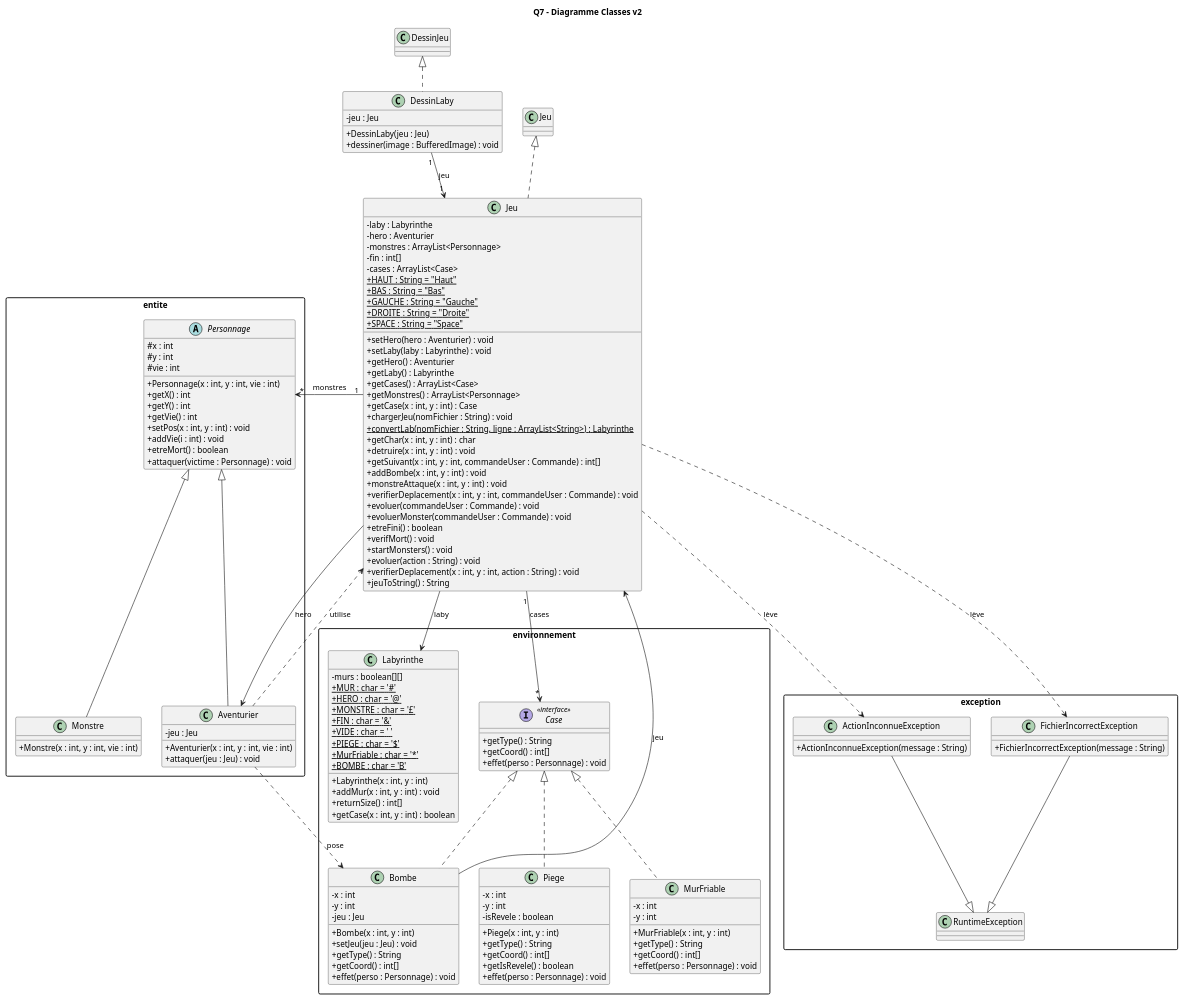
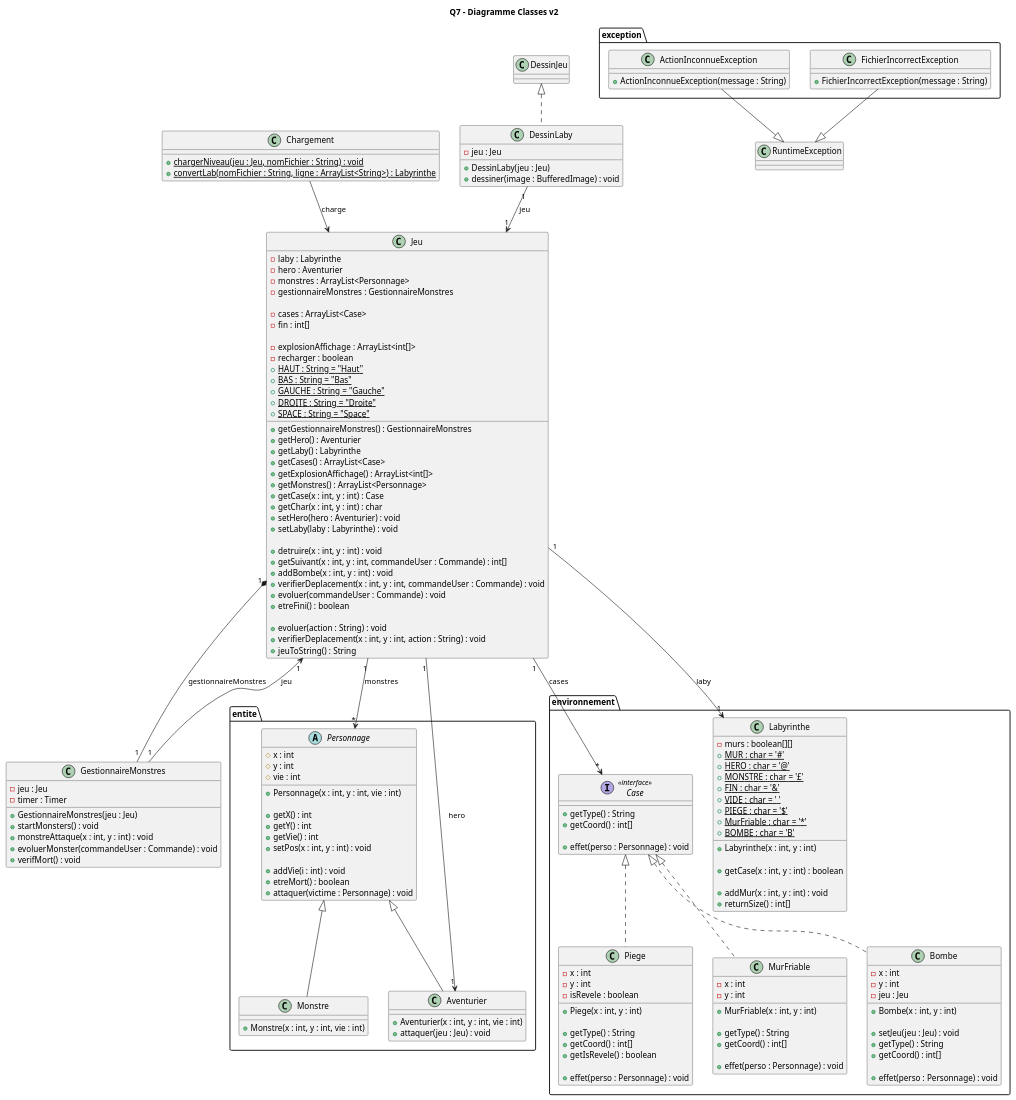
One commit to lucas-martinati-pro/SAE_S2.01_Zeldiablo-LucasM_JeanLM_PierreGSV changed the diagram in projet_zeldiablo/documents/version_2/Q7 - Diagramme Classes v2.puml. Above: the diagram before and after it, drawn with PlantUML.

Commit message:
Diagramme de classe complété

```diff
--- a/projet_zeldiablo/documents/version_2/Q7 - Diagramme Classes v2.puml
+++ b/projet_zeldiablo/documents/version_2/Q7 - Diagramme Classes v2.puml
@@ -1,200 +1,200 @@
 @startuml
 title Q7 - Diagramme Classes v2
 
-skinparam classAttributeIconSize 0
-skinparam packageStyle rectangle
-
-class "Jeu" as ZJeu {
+class "Jeu" {
     - laby : Labyrinthe
     - hero : Aventurier
     - monstres : ArrayList<Personnage>
+    - gestionnaireMonstres : GestionnaireMonstres
+
+    - cases : ArrayList<Case>
     - fin : int[]
-    - cases : ArrayList<Case>
+
+    - explosionAffichage : ArrayList<int[]>
+    - recharger : boolean
     + {static} HAUT : String = "Haut"
     + {static} BAS : String = "Bas"
     + {static} GAUCHE : String = "Gauche"
     + {static} DROITE : String = "Droite"
     + {static} SPACE : String = "Space"
 
-    + setHero(hero : Aventurier) : void
-    + setLaby(laby : Labyrinthe) : void
+    + getGestionnaireMonstres() : GestionnaireMonstres
     + getHero() : Aventurier
     + getLaby() : Labyrinthe
     + getCases() : ArrayList<Case>
+    + getExplosionAffichage() : ArrayList<int[]>
     + getMonstres() : ArrayList<Personnage>
     + getCase(x : int, y : int) : Case
-    + chargerJeu(nomFichier : String) : void
-    + {static} convertLab(nomFichier : String, ligne : ArrayList<String>) : Labyrinthe
     + getChar(x : int, y : int) : char
+    + setHero(hero : Aventurier) : void
+    + setLaby(laby : Labyrinthe) : void
+
     + detruire(x : int, y : int) : void
     + getSuivant(x : int, y : int, commandeUser : Commande) : int[]
     + addBombe(x : int, y : int) : void
-    + monstreAttaque(x : int, y : int) : void
     + verifierDeplacement(x : int, y : int, commandeUser : Commande) : void
     + evoluer(commandeUser : Commande) : void
-    + evoluerMonster(commandeUser : Commande) : void
     + etreFini() : boolean
-    + verifMort() : void
-    + startMonsters() : void
+
     + evoluer(action : String) : void
     + verifierDeplacement(x : int, y : int, action : String) : void
     + jeuToString() : String
+}
+
+class GestionnaireMonstres {
+    - jeu : Jeu
+    - timer : Timer
+
+    + GestionnaireMonstres(jeu : Jeu)
+    + startMonsters() : void
+    + monstreAttaque(x : int, y : int) : void
+    + evoluerMonster(commandeUser : Commande) : void
+    + verifMort() : void
+}
+
+class Chargement {
+    + {static} chargerNiveau(jeu : Jeu, nomFichier : String) : void
+    + {static} convertLab(nomFichier : String, ligne : ArrayList<String>) : Labyrinthe
 }
 
 class DessinLaby {
     - jeu : Jeu
 
     + DessinLaby(jeu : Jeu)
     + dessiner(image : BufferedImage) : void
 }
 
-' ========================
-' Package entite
-' ========================
 package "entite" {
-
     abstract class Personnage {
         # x : int
         # y : int
         # vie : int
 
         + Personnage(x : int, y : int, vie : int)
+
         + getX() : int
         + getY() : int
         + getVie() : int
         + setPos(x : int, y : int) : void
+
         + addVie(i : int) : void
         + etreMort() : boolean
         + attaquer(victime : Personnage) : void
     }
 
     class Aventurier {
-        - jeu : Jeu
-
         + Aventurier(x : int, y : int, vie : int)
         + attaquer(jeu : Jeu) : void
     }
 
     class Monstre {
         + Monstre(x : int, y : int, vie : int)
     }
-
-    Personnage <|-- Aventurier
-    Personnage <|-- Monstre
 }
 
-' ========================
-' Package environnement
-' ========================
 package "environnement" {
 
     interface Case <<interface>> {
         + getType() : String
         + getCoord() : int[]
+
         + effet(perso : Personnage) : void
     }
 
     class Labyrinthe {
         - murs : boolean[][]
         + {static} MUR : char = '#'
         + {static} HERO : char = '@'
         + {static} MONSTRE : char = '£'
         + {static} FIN : char = '&'
         + {static} VIDE : char = ' '
         + {static} PIEGE : char = '$'
         + {static} MurFriable : char = '*'
         + {static} BOMBE : char = 'B'
 
         + Labyrinthe(x : int, y : int)
+
+        + getCase(x : int, y : int) : boolean
+
         + addMur(x : int, y : int) : void
         + returnSize() : int[]
-        + getCase(x : int, y : int) : boolean
     }
 
     class Piege {
         - x : int
         - y : int
         - isRevele : boolean
 
         + Piege(x : int, y : int)
+
         + getType() : String
         + getCoord() : int[]
         + getIsRevele() : boolean
+
         + effet(perso : Personnage) : void
     }
 
     class MurFriable {
         - x : int
         - y : int
 
         + MurFriable(x : int, y : int)
+
         + getType() : String
         + getCoord() : int[]
+
         + effet(perso : Personnage) : void
     }
 
     class Bombe {
         - x : int
         - y : int
         - jeu : Jeu
 
         + Bombe(x : int, y : int)
+
         + setJeu(jeu : Jeu) : void
         + getType() : String
         + getCoord() : int[]
+
         + effet(perso : Personnage) : void
     }
-
-    Case <|.. Piege
-    Case <|.. MurFriable
-    Case <|.. Bombe
 }
 
-' ========================
-' Package exception
-' ========================
+Case <|.. Piege
+Case <|.. MurFriable
+Case <|.. Bombe
+
 package "exception" {
-
     class ActionInconnueException {
         + ActionInconnueException(message : String)
     }
 
     class FichierIncorrectException {
         + FichierIncorrectException(message : String)
     }
-
-    ActionInconnueException --|> RuntimeException
-    FichierIncorrectException --|> RuntimeException
 }
 
 ' ========================
-' Relations inter-packages
+' Relations
 ' ========================
+Personnage <|-- Aventurier
+Personnage <|-- Monstre
 
-' Jeu implémente moteurJeu.Jeu
-Jeu <|.. ZJeu
+ActionInconnueException --|> RuntimeException
+FichierIncorrectException --|> RuntimeException
 
-' DessinLaby implémente DessinJeu
 DessinJeu <|.. DessinLaby
 
-' Jeu possède / utilise
-ZJeu --> Labyrinthe : laby
-ZJeu --> Aventurier : hero
-ZJeu "1" --> "*" Personnage : monstres
-ZJeu "1" --> "*" Case : cases
+Jeu "1" --> "1" Labyrinthe : laby
+Jeu "1" --> "1" Aventurier : hero
+Jeu "1" *-- "1" GestionnaireMonstres : gestionnaireMonstres
+Jeu "1" --> "*" Personnage : monstres
+Jeu "1" --> "*" Case : cases
 
-' DessinLaby affiche Jeu
-DessinLaby "1" --> "1" ZJeu : jeu
+GestionnaireMonstres "1" --> "1" Jeu : jeu
+Chargement --> Jeu : charge
 
-' Aventurier utilise Bombe via Jeu
-Aventurier ..> Bombe : pose
-Aventurier ..> ZJeu : utilise
-
-' Bombe a une référence vers Jeu pour l'explosion
-Bombe --> ZJeu : jeu
-
-' Jeu lève des exceptions
-ZJeu ..> ActionInconnueException : lève
-ZJeu ..> FichierIncorrectException : lève
+DessinLaby "1" --> "1" Jeu : jeu
 
 @enduml
```
